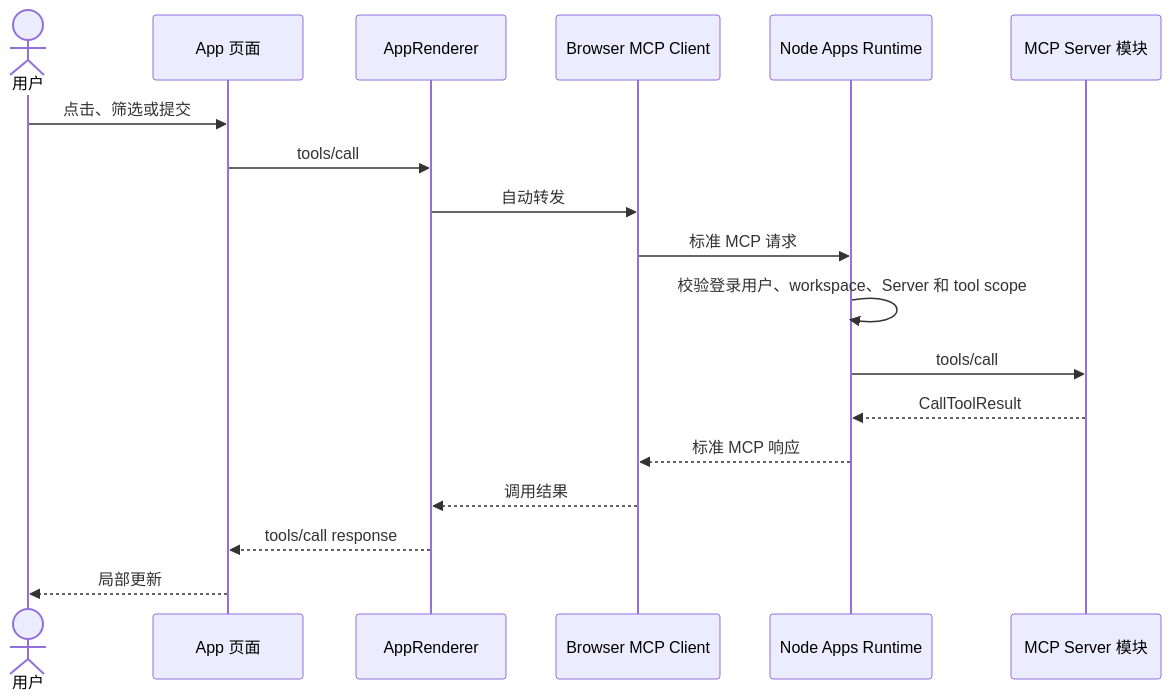
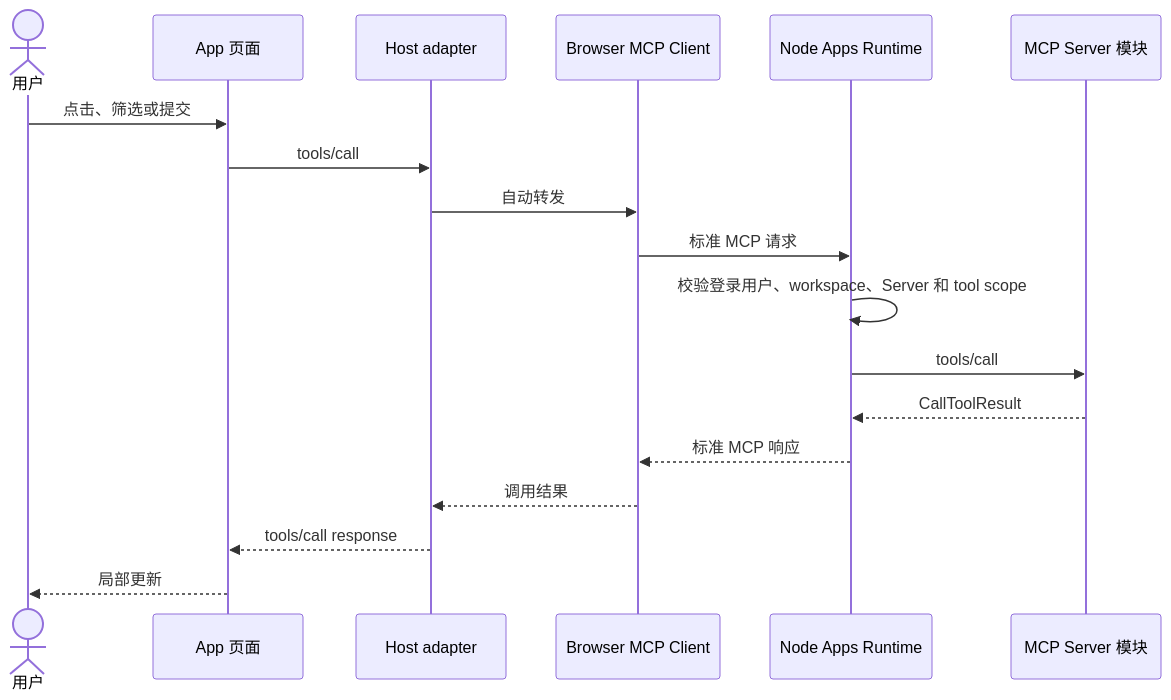
One commit to glide-the/im-dream changed the third of 3 diagrams in docs/design/claude-agent/mcp-apps-integration-strategy.md. Above: the diagram before and after it, drawn with Mermaid. The commit also changed other lines of this file and 813 other files, not shown here.

Commit message:
feat(mcp-apps): integrate governed host and consolidate frontend app

````diff
--- a/docs/design/claude-agent/mcp-apps-integration-strategy.md
+++ b/docs/design/claude-agent/mcp-apps-integration-strategy.md
@@ -124,21 +125,21 @@
 ```mermaid
 sequenceDiagram
     actor U as 用户
     participant V as App 页面
-    participant AR as AppRenderer
+    participant AR as Host adapter
     participant C as Browser MCP Client
     participant N as Node Apps Runtime
     participant S as MCP Server 模块
 
     U->>V: 点击、筛选或提交
     V->>AR: tools/call
     AR->>C: 自动转发
     C->>N: 标准 MCP 请求
     N->>N: 校验登录用户、workspace、Server 和 tool scope
     N->>S: tools/call
     S-->>N: CallToolResult
     N-->>C: 标准 MCP 响应
     C-->>AR: 调用结果
     AR-->>V: tools/call response
     V-->>U: 局部更新
 ```
````
